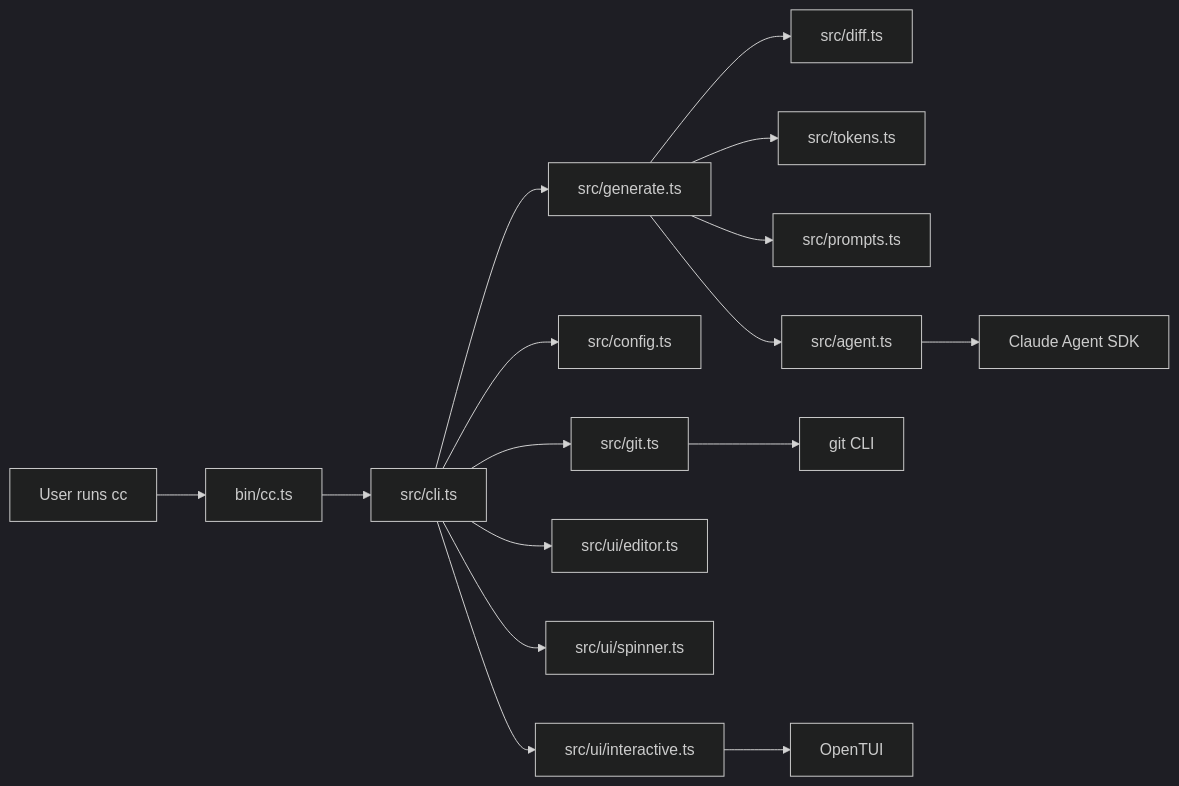
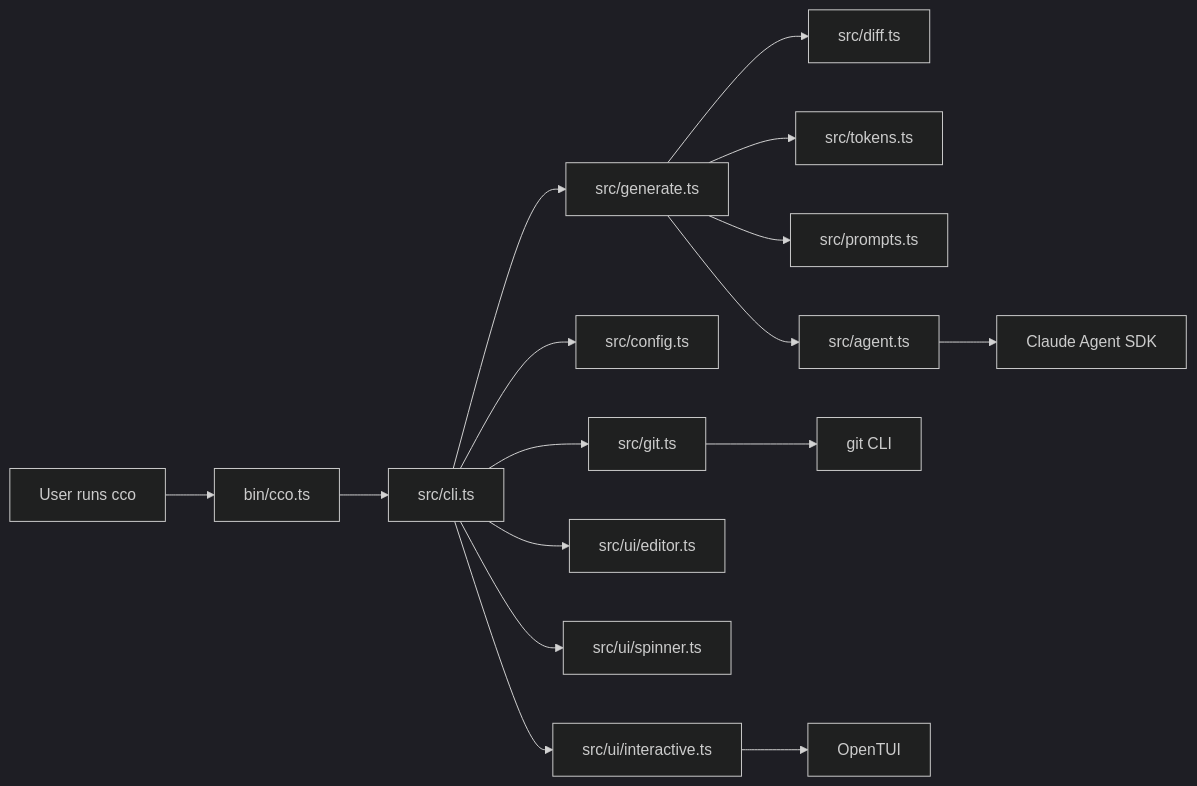
One commit to synmux/claude-commit changed the first of 7 diagrams in WALKTHROUGH.md. Above: the diagram before and after it, drawn with Mermaid (dark theme). The commit also changed other lines of this file and 15 other files, not shown here.

````diff
--- a/WALKTHROUGH.md
+++ b/WALKTHROUGH.md
@@ -44,21 +44,21 @@
 ```mermaid
 flowchart LR
-  user[User runs cc] --> bin[bin/cc.ts]
+  user[User runs cco] --> bin[bin/cco.ts]
   bin --> cli[src/cli.ts]
 
   cli --> git[src/git.ts]
   cli --> config[src/config.ts]
   cli --> generate[src/generate.ts]
   cli --> editor[src/ui/editor.ts]
   cli --> spinner[src/ui/spinner.ts]
   cli --> interactive[src/ui/interactive.ts]
 
   generate --> diff[src/diff.ts]
   generate --> tokens[src/tokens.ts]
   generate --> prompts[src/prompts.ts]
   generate --> agent[src/agent.ts]
 
   agent --> sdk[Claude Agent SDK]
   git --> gitcli[git CLI]
   interactive --> opentui[OpenTUI]
 ```
````
